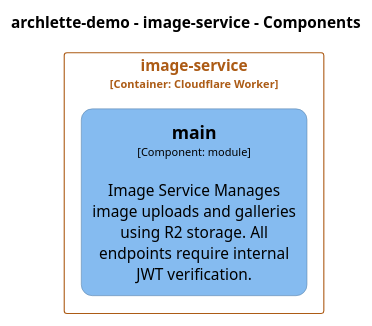
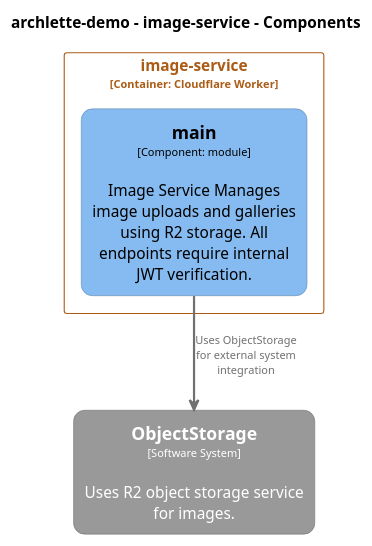
The diagram in docs/architecture/diagrams/plantuml/structurizr-Components_image_service.puml (chrislyons-dev/flarelette-demo), drawn with PlantUML before and after one commit. The commit also changed 52 other files, not shown here.

```diff
--- a/docs/architecture/diagrams/plantuml/structurizr-Components_image_service.puml
+++ b/docs/architecture/diagrams/plantuml/structurizr-Components_image_service.puml
@@ -1,36 +1,46 @@
 @startuml
 set separator none
 title archlette-demo - image-service - Components
 
 top to bottom direction
 skinparam ranksep 60
 skinparam nodesep 30
 
 skinparam {
   arrowFontSize 10
   defaultTextAlignment center
   wrapWidth 200
   maxMessageSize 100
   defaultFontName "Arial"
 }
 
 hide stereotype
 
+skinparam rectangle<<ObjectStorage>> {
+  BackgroundColor #999999
+  FontColor #ffffff
+  BorderColor #6b6b6b
+  roundCorner 20
+  shadowing false
+}
 skinparam rectangle<<archlettedemo.imageservice.main>> {
   BackgroundColor #85bbf0
   FontColor #000000
   BorderColor #5d82a8
   roundCorner 20
   shadowing false
 }
 skinparam rectangle<<archlettedemo.imageservice>> {
   BorderColor #ac5b15
   FontColor #ac5b15
   shadowing false
 }
 
+rectangle "==ObjectStorage\n<size:10>[Software System]</size>\n\nUses R2 object storage service for images." <<ObjectStorage>> as ObjectStorage
+
 rectangle "image-service\n<size:10>[Container: Cloudflare Worker]</size>" <<archlettedemo.imageservice>> {
   rectangle "==main\n<size:10>[Component: module]</size>\n\nImage Service Manages image uploads and galleries using R2 storage. All endpoints require internal JWT verification." <<archlettedemo.imageservice.main>> as archlettedemo.imageservice.main
 }
 
+archlettedemo.imageservice.main -[#707070,thickness=2]-> ObjectStorage : "<color:#707070>Uses ObjectStorage for external system integration"
 @enduml
```
